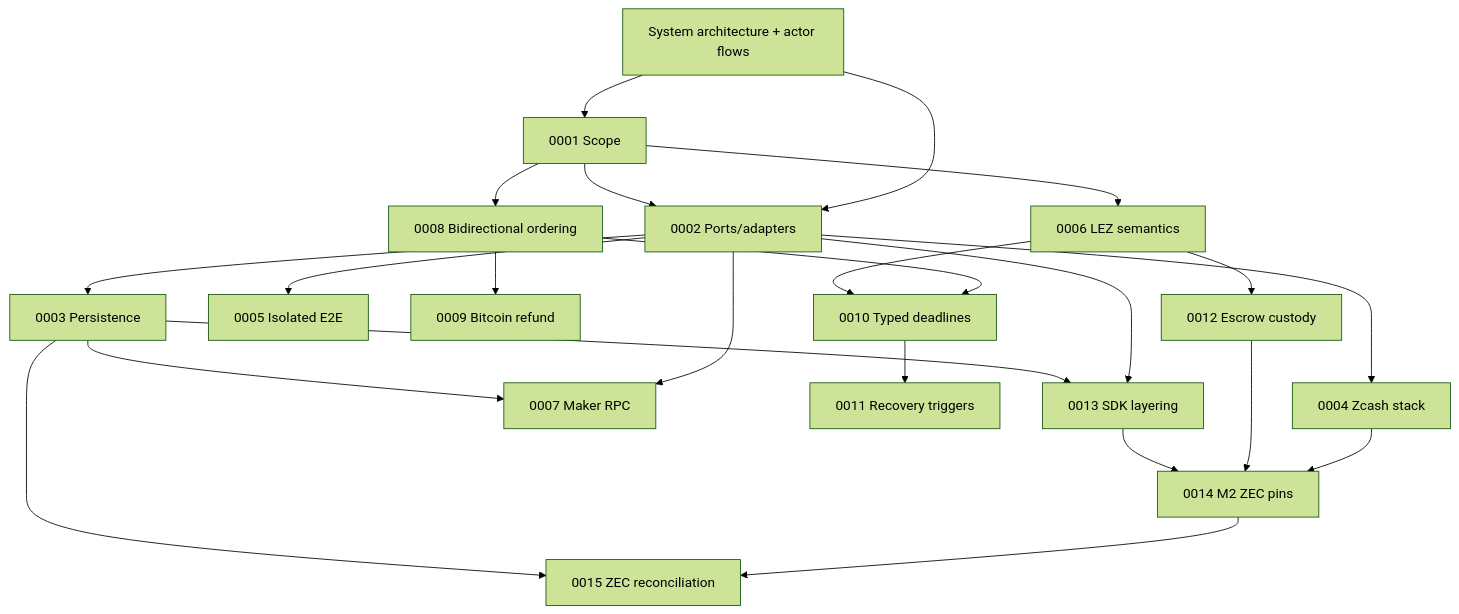
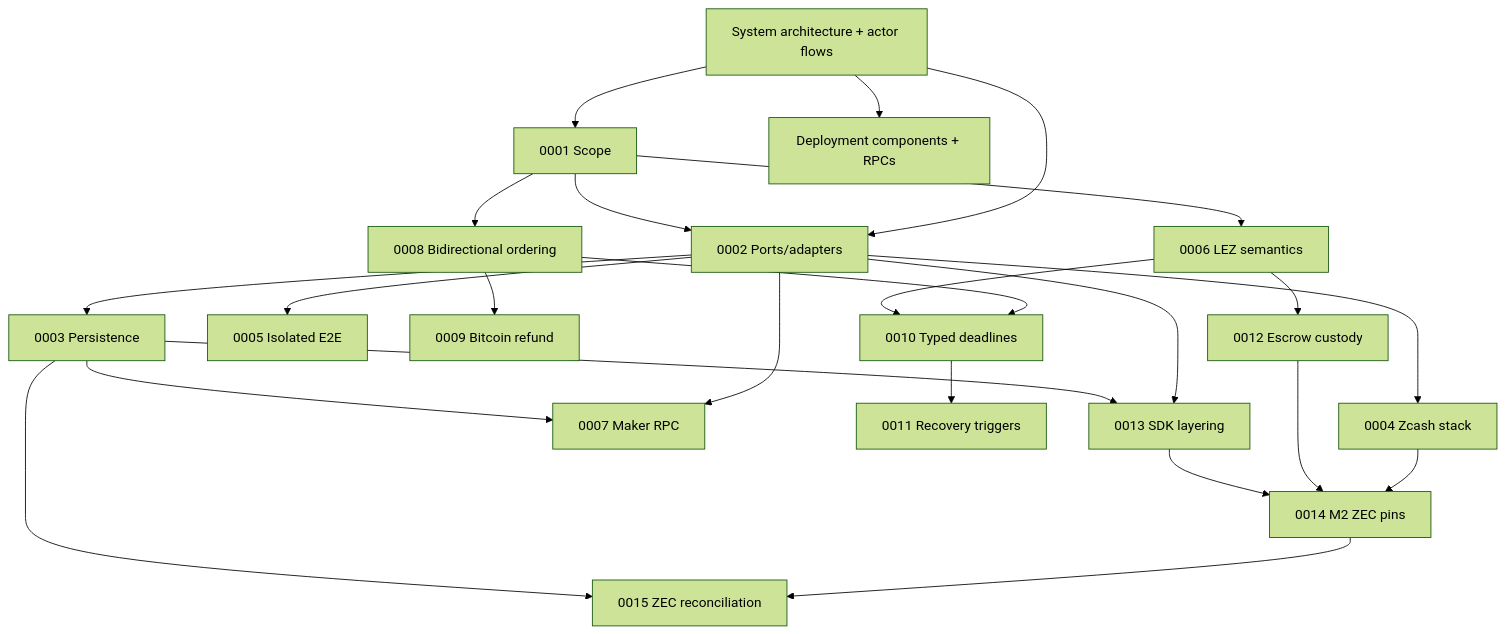
One commit to gateway-fm/lez-atomic-swaps changed the diagram in docs/architecture/README.md. Above: the diagram before and after it, drawn with Mermaid (forest theme). The commit also changed other lines of this file and 12 other files, not shown here.

Commit message:
docs: map deployment components and RPCs

````diff
--- a/docs/architecture/README.md
+++ b/docs/architecture/README.md
@@ -12,25 +13,26 @@
 ```mermaid
 flowchart TB
     System["System architecture + actor flows"] --> Scope["0001 Scope"]
+    System --> Deployment["Deployment components + RPCs"]
     System --> Ports["0002 Ports/adapters"]
     Scope --> Ports
     Ports --> Persistence["0003 Persistence"]
     Ports --> Zcash["0004 Zcash stack"]
     Ports --> Docker["0005 Isolated E2E"]
     Scope --> LEZ["0006 LEZ semantics"]
     Ports --> RPC["0007 Maker RPC"]
     Scope --> Direction["0008 Bidirectional ordering"]
     Direction --> Bitcoin["0009 Bitcoin refund"]
     Direction --> Deadlines["0010 Typed deadlines"]
     LEZ --> Deadlines
     Deadlines --> Recovery["0011 Recovery triggers"]
     LEZ --> Custody["0012 Escrow custody"]
     Ports --> SDK["0013 SDK layering"]
     Zcash --> ZecPins["0014 M2 ZEC pins"]
     Custody --> ZecPins
     SDK --> ZecPins
     ZecPins --> ZecReconcile["0015 ZEC reconciliation"]
     Persistence --> ZecReconcile
     Persistence --> SDK
     Persistence --> RPC
 ```
````
